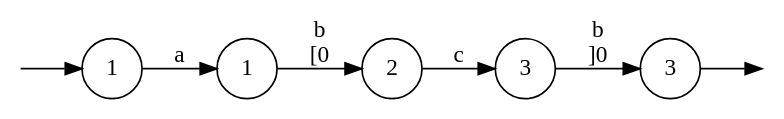
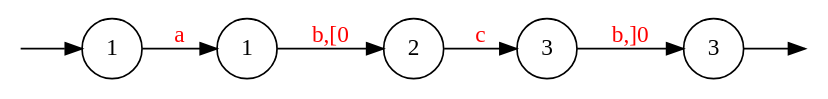
Before and after one commit to 0Marble/lgraphs: the diagram in text/graphs/graph1_path3.dot, drawn with Graphviz. The commit also changed 26 other files, not shown here.

Commit message:
changed graph images to svg

```diff
--- a/text/graphs/graph1_path3.dot
+++ b/text/graphs/graph1_path3.dot
@@ -1,19 +1,19 @@
 digraph {
 	node [shape=circle];
 	Q0 [style=invisible, height=0, width=0, fixedsize=true];
 	Q1 [style=invisible, height=0, width=0, fixedsize=true];
 	graph [rankdir="LR"];
 	4 [label=3];
 	3 [label=3];
 	0 [label=1];
 	1 [label=1];
 	2 [label=2];
 
 	Q0 -> 0;
 
 	4 -> Q1;
-	0 -> 1  [item="a", label="a"];
-	1 -> 2  [item="b[0", label="b\n[0"];
-	2 -> 3  [item="c", label="c"];
-	3 -> 4  [item="b]0", label="b\n]0"];
+	0 -> 1  [label="a", fontcolor=red];
+	2 -> 3  [label="c", fontcolor=red];
+	1 -> 2  [label="b,[0", fontcolor=red];
+	3 -> 4  [label="b,]0", fontcolor=red];
 }
```
